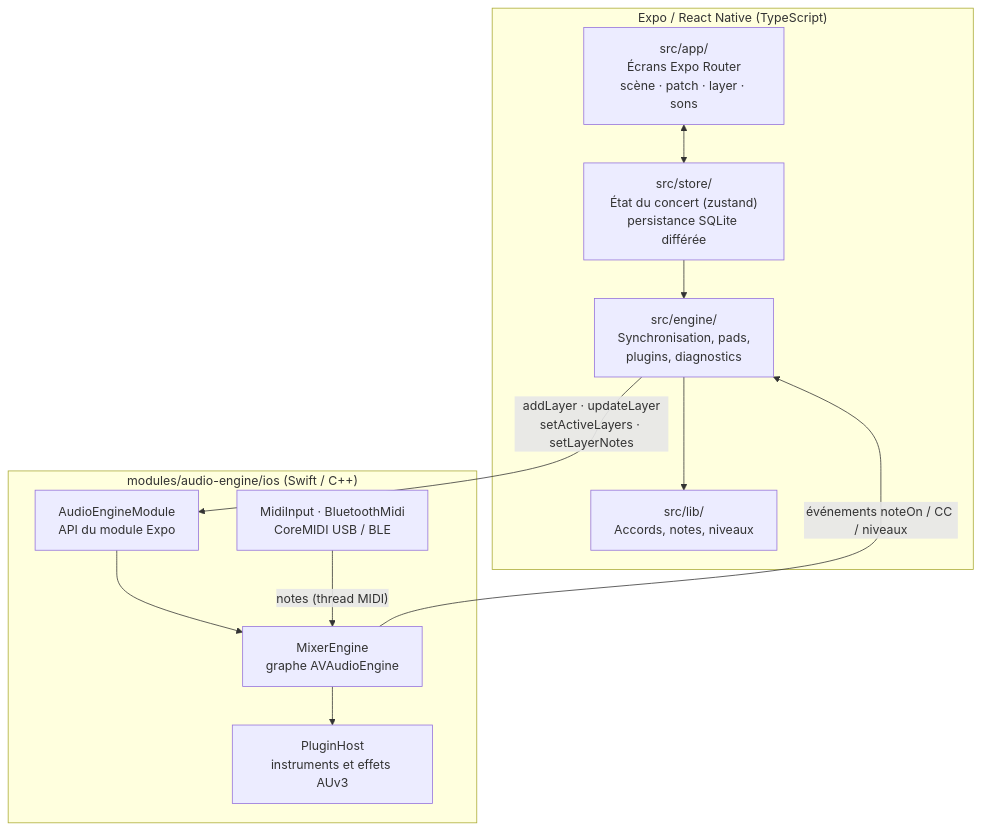
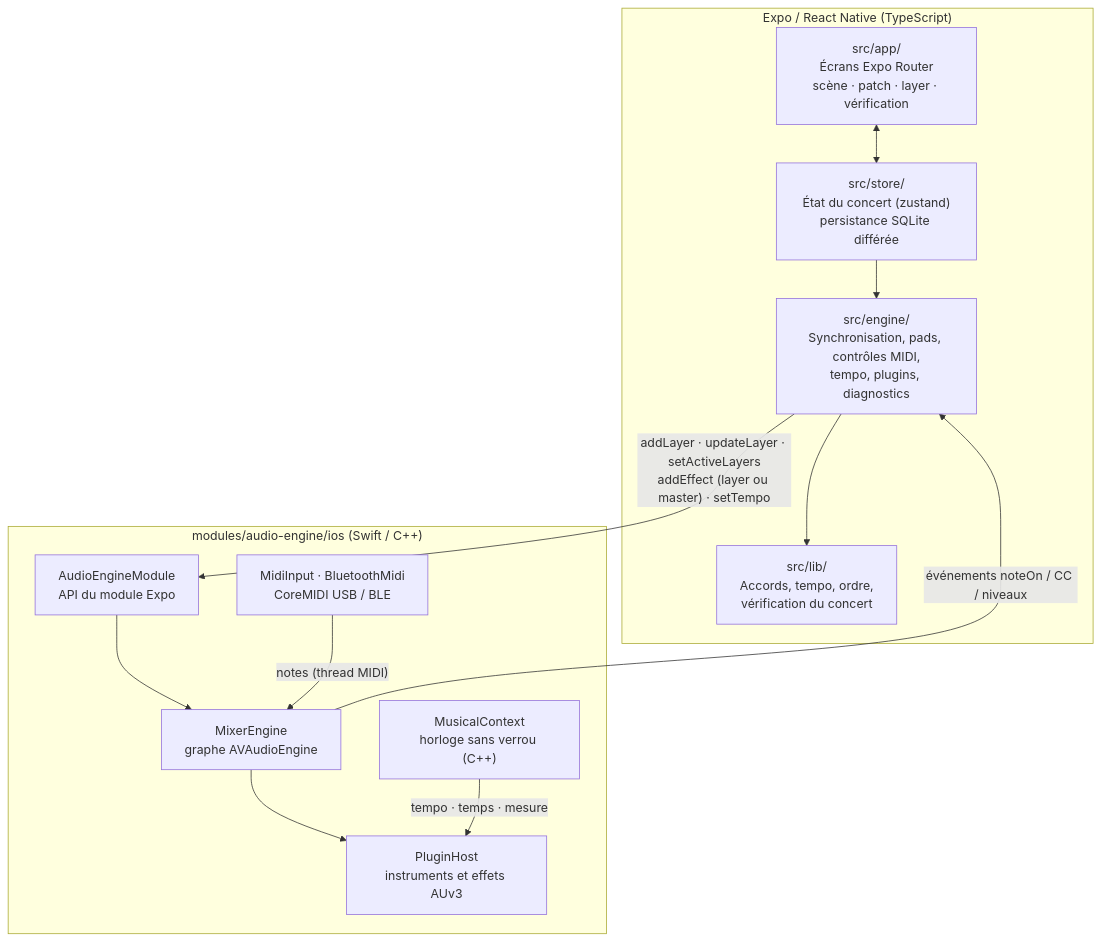
One commit to aspitrine/livekeys changed the first of 7 diagrams in README.md. Above: the diagram before and after it, drawn with Mermaid. The commit also changed other lines of this file, not shown here.

Commit message:
docs: update README diagrams for the live stage features

````diff
--- a/README.md
+++ b/README.md
@@ -71,23 +71,25 @@
 ```mermaid
 flowchart TB
   subgraph JS["Expo / React Native (TypeScript)"]
-    UI["src/app/<br/>Écrans Expo Router<br/>scène · patch · layer · sons"]
+    UI["src/app/<br/>Écrans Expo Router<br/>scène · patch · layer · vérification"]
     Store["src/store/<br/>État du concert (zustand)<br/>persistance SQLite différée"]
-    Engine["src/engine/<br/>Synchronisation, pads,<br/>plugins, diagnostics"]
-    Lib["src/lib/<br/>Accords, notes, niveaux"]
+    Engine["src/engine/<br/>Synchronisation, pads, contrôles MIDI,<br/>tempo, plugins, diagnostics"]
+    Lib["src/lib/<br/>Accords, tempo, ordre,<br/>vérification du concert"]
   end
   subgraph Native["modules/audio-engine/ios (Swift / C++)"]
     Module["AudioEngineModule<br/>API du module Expo"]
     Mixer["MixerEngine<br/>graphe AVAudioEngine"]
     Midi["MidiInput · BluetoothMidi<br/>CoreMIDI USB / BLE"]
     Host["PluginHost<br/>instruments et effets AUv3"]
+    Clock["MusicalContext<br/>horloge sans verrou (C++)"]
   end
   UI <--> Store
   Store --> Engine
   Engine --> Lib
-  Engine -- "addLayer · updateLayer<br/>setActiveLayers · setLayerNotes" --> Module
+  Engine -- "addLayer · updateLayer · setActiveLayers<br/>addEffect (layer ou master) · setTempo" --> Module
   Module --> Mixer
   Mixer --> Host
+  Clock -- "tempo · temps · mesure" --> Host
   Midi -- "notes (thread MIDI)" --> Mixer
   Mixer -- "événements noteOn / CC / niveaux" --> Engine
 ```
````
